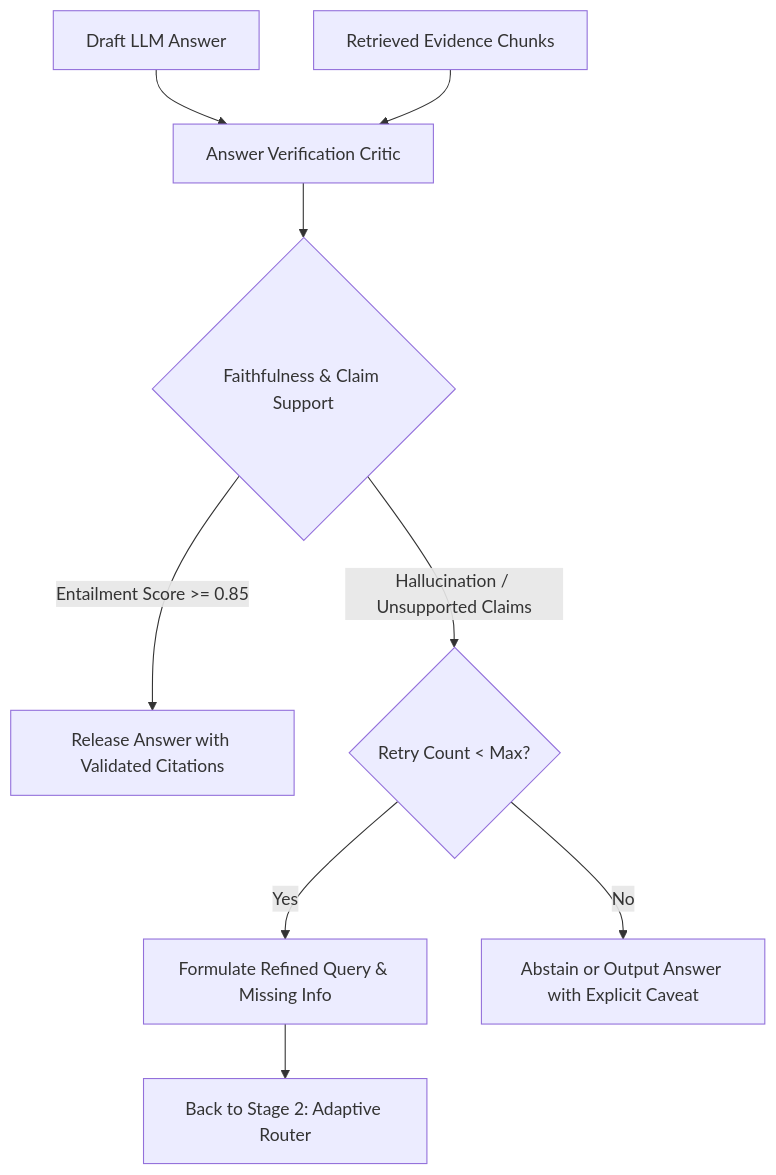
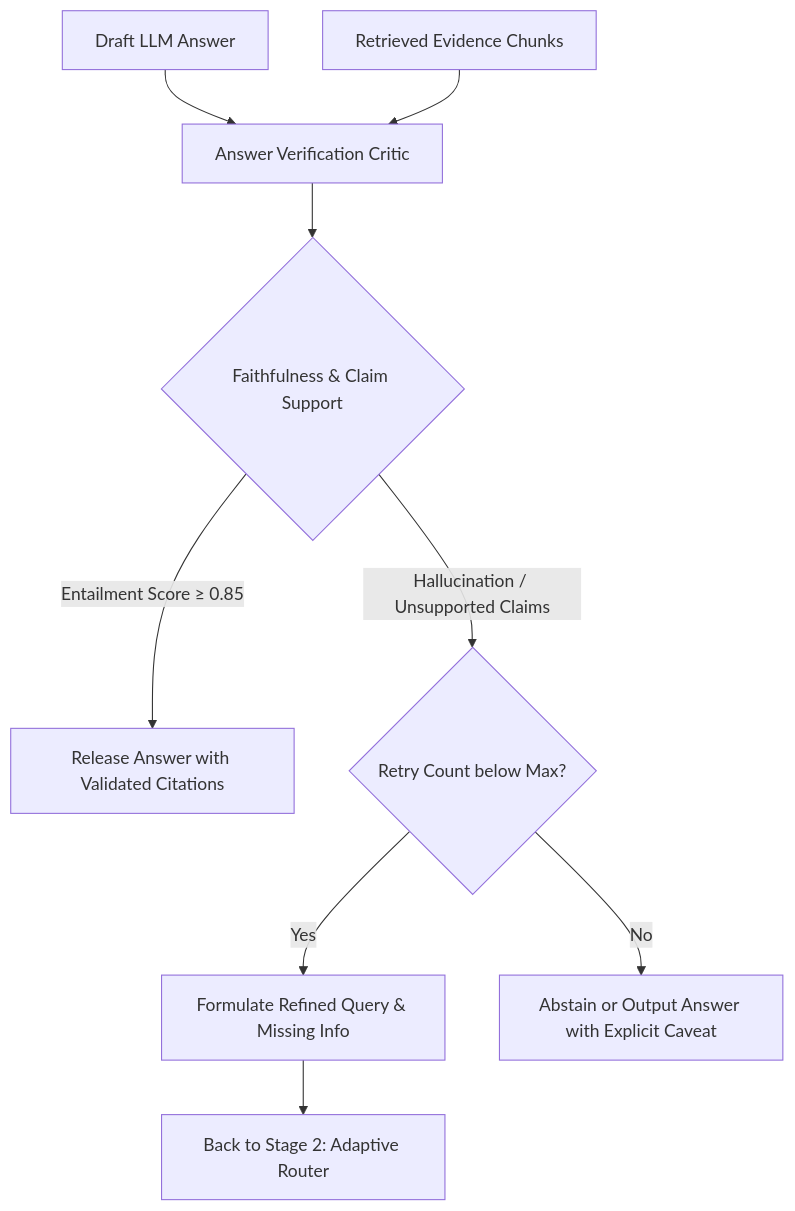
The second of 4 diagrams in README.md (NagarajuMudhiraj/enterprise-agentic-rag), drawn with Mermaid before and after one commit. The commit also changed other lines of this file, not shown here.

Commit message:
fix(docs): resolve mermaid syntax errors causing rich display failure in README

````diff
--- a/README.md
+++ b/README.md
@@ -360,15 +360,15 @@
 ```mermaid
 flowchart TD
     GEN["Draft LLM Answer"] --> CRITIC["Answer Verification Critic"]
     EVID["Retrieved Evidence Chunks"] --> CRITIC
     
     CRITIC --> CHECK{"Faithfulness & Claim Support"}
     
-    CHECK -->|Entailment Score >= 0.85| PASS["Release Answer with Validated Citations"]
-    CHECK -->|Hallucination / Unsupported Claims| EVAL_RETRY{"Retry Count < Max?"}
+    CHECK -->|"Entailment Score ≥ 0.85"| PASS["Release Answer with Validated Citations"]
+    CHECK -->|"Hallucination / Unsupported Claims"| EVAL_RETRY{"Retry Count below Max?"}
     
     EVAL_RETRY -->|Yes| REFORMULATE["Formulate Refined Query & Missing Info"]
     REFORMULATE --> ROUTER["Back to Stage 2: Adaptive Router"]
     
     EVAL_RETRY -->|No| ABSTAIN["Abstain or Output Answer with Explicit Caveat"]
 ```
````
